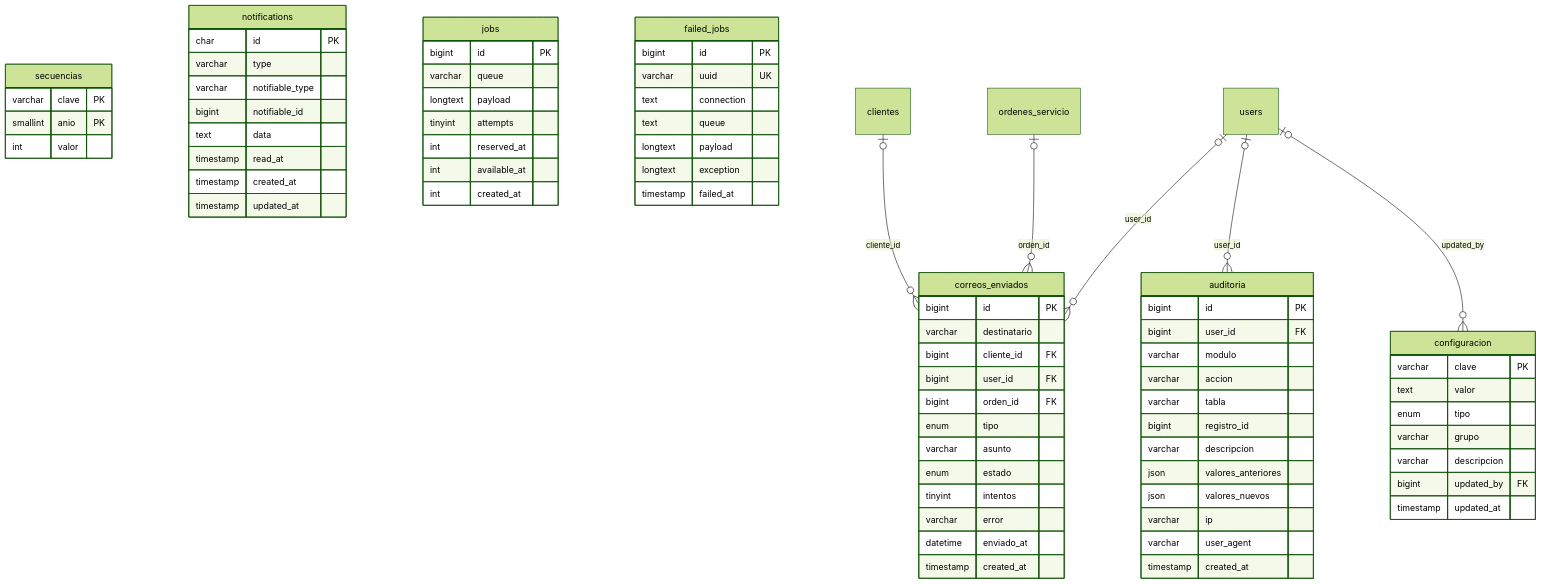
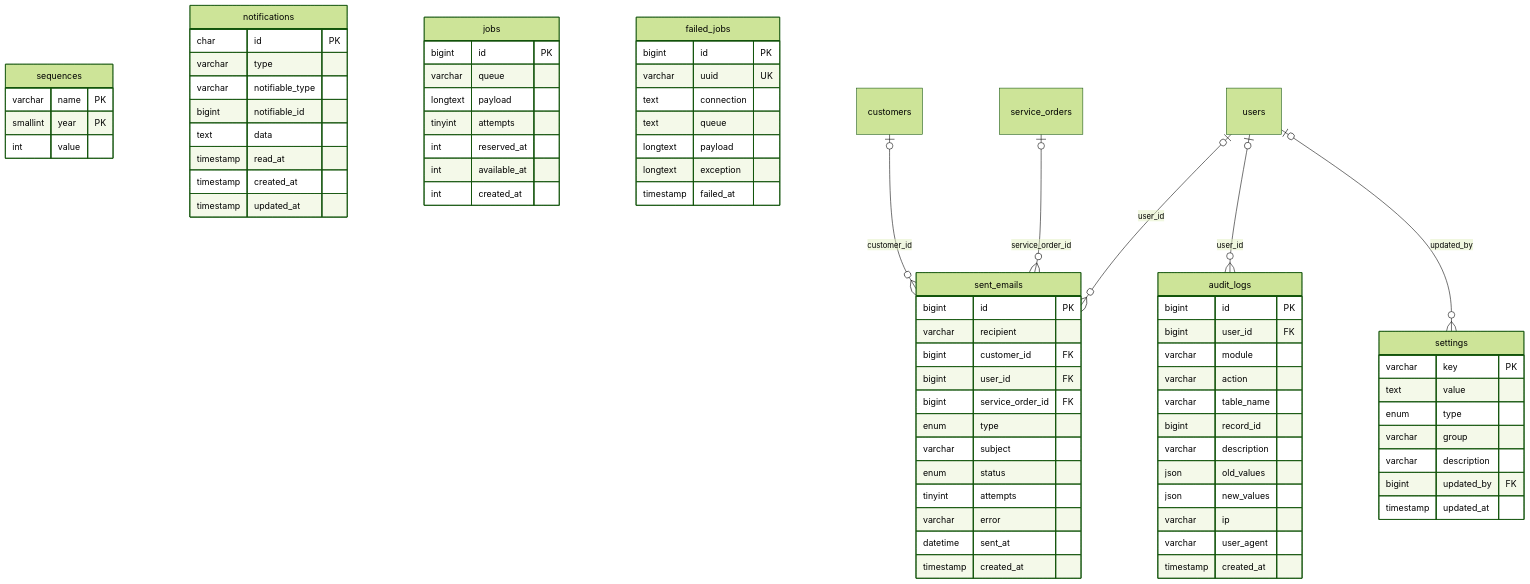
Before and after one commit to dianaaochoa/SHURI-Sistema-Gestion: the eighth of 8 diagrams in backend/README.md, drawn with Mermaid (forest theme). The commit also changed other lines of this file and 1 other file, not shown here.

````diff
--- a/backend/README.md
+++ b/backend/README.md
@@ -883,78 +883,78 @@
 ```mermaid
 erDiagram
-    configuracion {
-        varchar clave PK
-        text valor
-        enum tipo
-        varchar grupo
-        varchar descripcion
+    settings {
+        varchar key PK
+        text value
+        enum type
+        varchar group
+        varchar description
         bigint updated_by FK
         timestamp updated_at
     }
-    secuencias {
-        varchar clave PK
-        smallint anio PK
-        int valor
+    sequences {
+        varchar name PK
+        smallint year PK
+        int value
     }
-    correos_enviados {
+    sent_emails {
         bigint id PK
-        varchar destinatario
-        bigint cliente_id FK
+        varchar recipient
+        bigint customer_id FK
         bigint user_id FK
-        bigint orden_id FK
-        enum tipo
-        varchar asunto
-        enum estado
-        tinyint intentos
+        bigint service_order_id FK
+        enum type
+        varchar subject
+        enum status
+        tinyint attempts
         varchar error
-        datetime enviado_at
+        datetime sent_at
         timestamp created_at
     }
     notifications {
         char id PK
         varchar type
         varchar notifiable_type
         bigint notifiable_id
         text data
         timestamp read_at
         timestamp created_at
         timestamp updated_at
     }
     jobs {
         bigint id PK
         varchar queue
         longtext payload
         tinyint attempts
         int reserved_at
         int available_at
         int created_at
     }
     failed_jobs {
         bigint id PK
         varchar uuid UK
         text connection
         text queue
         longtext payload
         longtext exception
         timestamp failed_at
     }
-    auditoria {
+    audit_logs {
         bigint id PK
         bigint user_id FK
-        varchar modulo
-        varchar accion
-        varchar tabla
-        bigint registro_id
-        varchar descripcion
-        json valores_anteriores
-        json valores_nuevos
+        varchar module
+        varchar action
+        varchar table_name
+        bigint record_id
+        varchar description
+        json old_values
+        json new_values
         varchar ip
         varchar user_agent
         timestamp created_at
     }
-    users |o--o{ configuracion : "updated_by"
-    clientes |o--o{ correos_enviados : "cliente_id"
-    ordenes_servicio |o--o{ correos_enviados : "orden_id"
-    users |o--o{ correos_enviados : "user_id"
-    users |o--o{ auditoria : "user_id"
+    users |o--o{ settings : "updated_by"
+    customers |o--o{ sent_emails : "customer_id"
+    service_orders |o--o{ sent_emails : "service_order_id"
+    users |o--o{ sent_emails : "user_id"
+    users |o--o{ audit_logs : "user_id"
 ```
````
